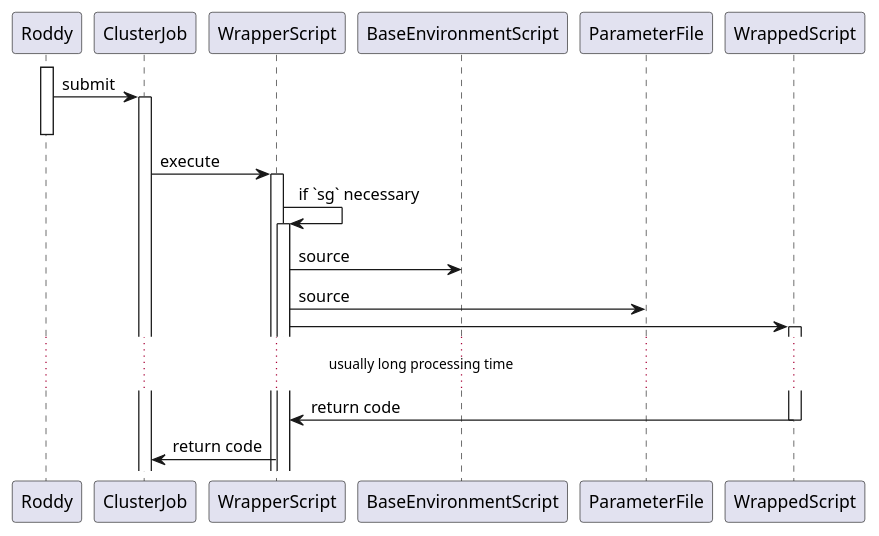
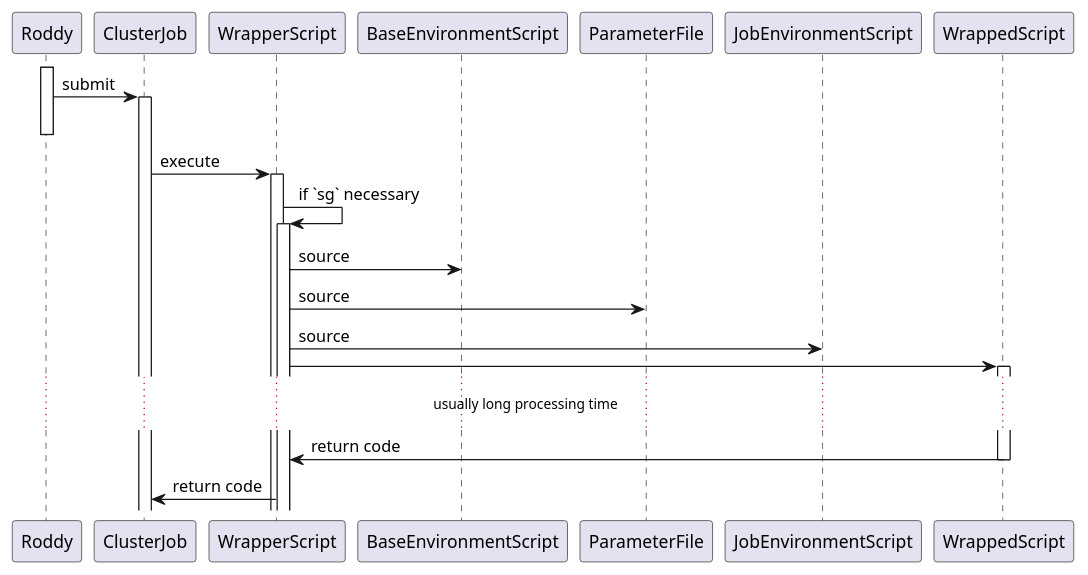
Before and after one commit to TheRoddyWMS/Roddy-Default-Plugin: the diagram in images/sequence.puml, drawn with PlantUML. The commit also changed 1 other file, not shown here.

Commit message:
Update sequence diagram.

```diff
--- a/images/sequence.puml
+++ b/images/sequence.puml
@@ -1,30 +1,32 @@
 @startuml
 
 activate Roddy
 
 Roddy -> ClusterJob : submit
 activate ClusterJob
 deactivate Roddy
 
 ClusterJob -> WrapperScript : execute
 activate WrapperScript
 
 WrapperScript -> WrapperScript : if `sg` necessary
 activate WrapperScript
 
 WrapperScript -> BaseEnvironmentScript : source
 
 WrapperScript -> ParameterFile : source
 
+WrapperScript -> JobEnvironmentScript : source
+
 WrapperScript -> WrappedScript
 activate WrappedScript
 
 ... usually long processing time ...
 
 WrappedScript -> WrapperScript : return code
 
 deactivate WrappedScript
 
 WrapperScript -> ClusterJob : return code
 
 @enduml
```
